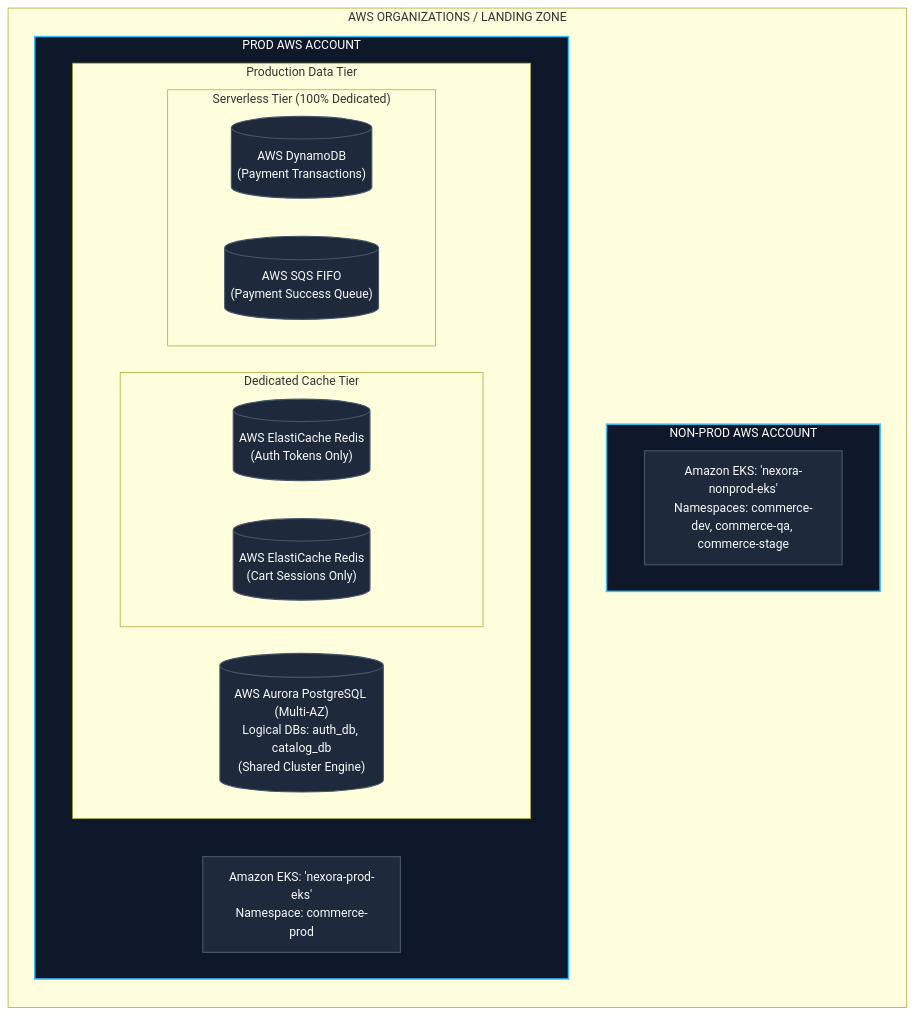
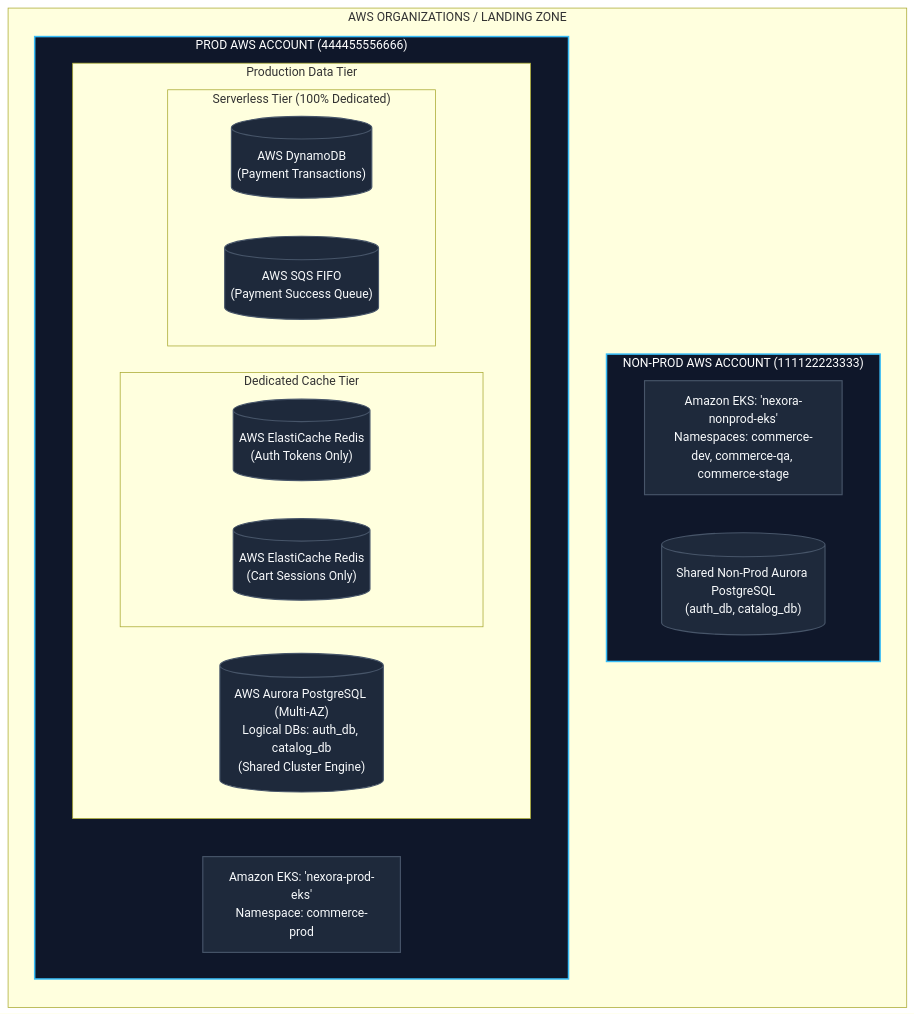
Before and after one commit to pvsafwa/devops-course-playbook: the seventh of 14 diagrams in DevOps_CI_CD_Master_Engineering_Blueprint.md, drawn with Mermaid. The commit also changed other lines of this file, not shown here.

````diff
--- a/DevOps_CI_CD_Master_Engineering_Blueprint.md
+++ b/DevOps_CI_CD_Master_Engineering_Blueprint.md
@@ -165,27 +316,28 @@
 ```mermaid
 flowchart TB
     subgraph AWSOrg["AWS ORGANIZATIONS / LANDING ZONE"]
         direction TB
-        subgraph NonProdAccount["NON-PROD AWS ACCOUNT"]
+        subgraph NonProdAccount["NON-PROD AWS ACCOUNT (111122223333)"]
             EKS_NonProd["Amazon EKS: 'nexora-nonprod-eks'<br/>Namespaces: commerce-dev, commerce-qa, commerce-stage"]
+            Aurora_NonProd[("Shared Non-Prod Aurora PostgreSQL<br/>(auth_db, catalog_db)")]
         end
-        subgraph ProdAccount["PROD AWS ACCOUNT"]
+        subgraph ProdAccount["PROD AWS ACCOUNT (444455556666)"]
             EKS_Prod["Amazon EKS: 'nexora-prod-eks'<br/>Namespace: commerce-prod"]
             subgraph DataIsolation["Production Data Tier"]
                 Aurora_Prod[("AWS Aurora PostgreSQL (Multi-AZ)<br/>Logical DBs: auth_db, catalog_db<br/>(Shared Cluster Engine)")]
                 subgraph RedisTier["Dedicated Cache Tier"]
                     Redis_Auth[("AWS ElastiCache Redis<br/>(Auth Tokens Only)")]
                     Redis_Cart[("AWS ElastiCache Redis<br/>(Cart Sessions Only)")]
                 end
                 subgraph ServerlessTier["Serverless Tier (100% Dedicated)"]
                     Dynamo_Pay[("AWS DynamoDB<br/>(Payment Transactions)")]
                     SQS_Pay[("AWS SQS FIFO<br/>(Payment Success Queue)")]
                 end
             end
         end
     end
     classDef acct fill:#0f172a,stroke:#38bdf8,stroke-width:2px,color:#ffffff;
     classDef res fill:#1e293b,stroke:#475569,stroke-width:1.5px,color:#f8fafc;
     class NonProdAccount,ProdAccount acct;
-    class EKS_NonProd,Aurora_Prod,EKS_Prod,Redis_Auth,Redis_Cart,Dynamo_Pay,SQS_Pay res;
+    class EKS_NonProd,Aurora_NonProd,EKS_Prod,Aurora_Prod,Redis_Auth,Redis_Cart,Dynamo_Pay,SQS_Pay res;
 ```
````
